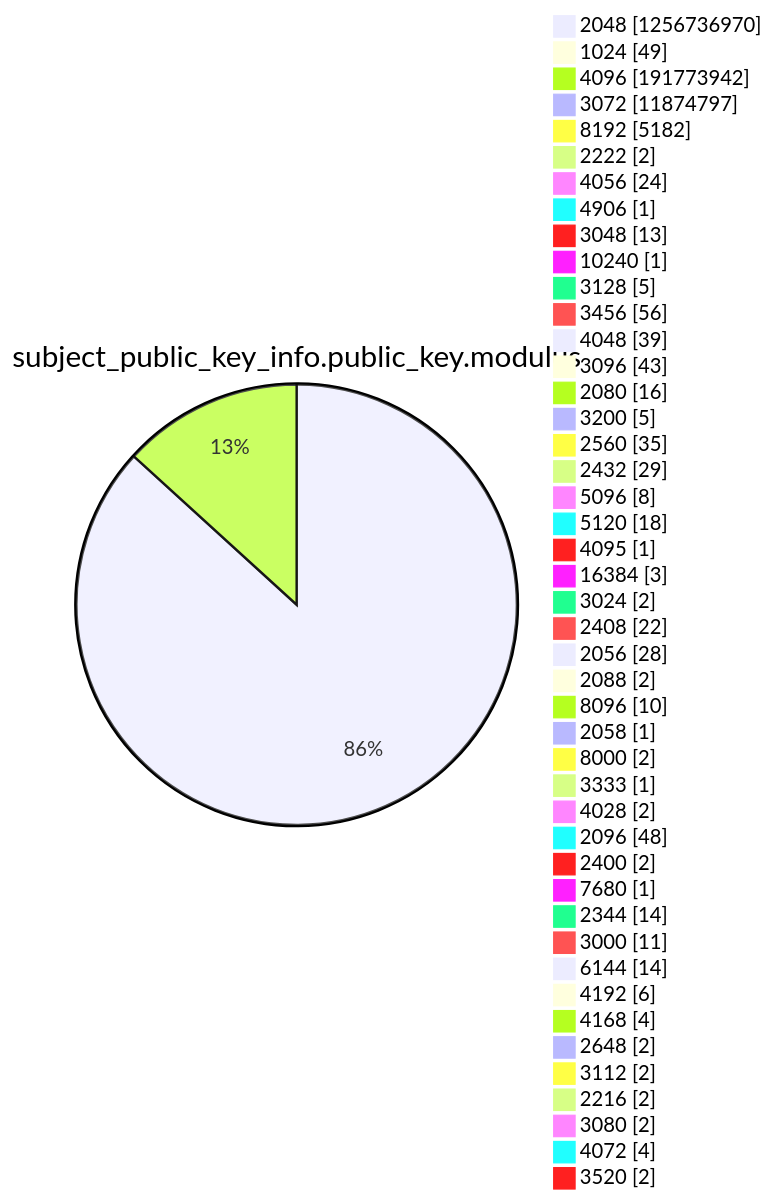
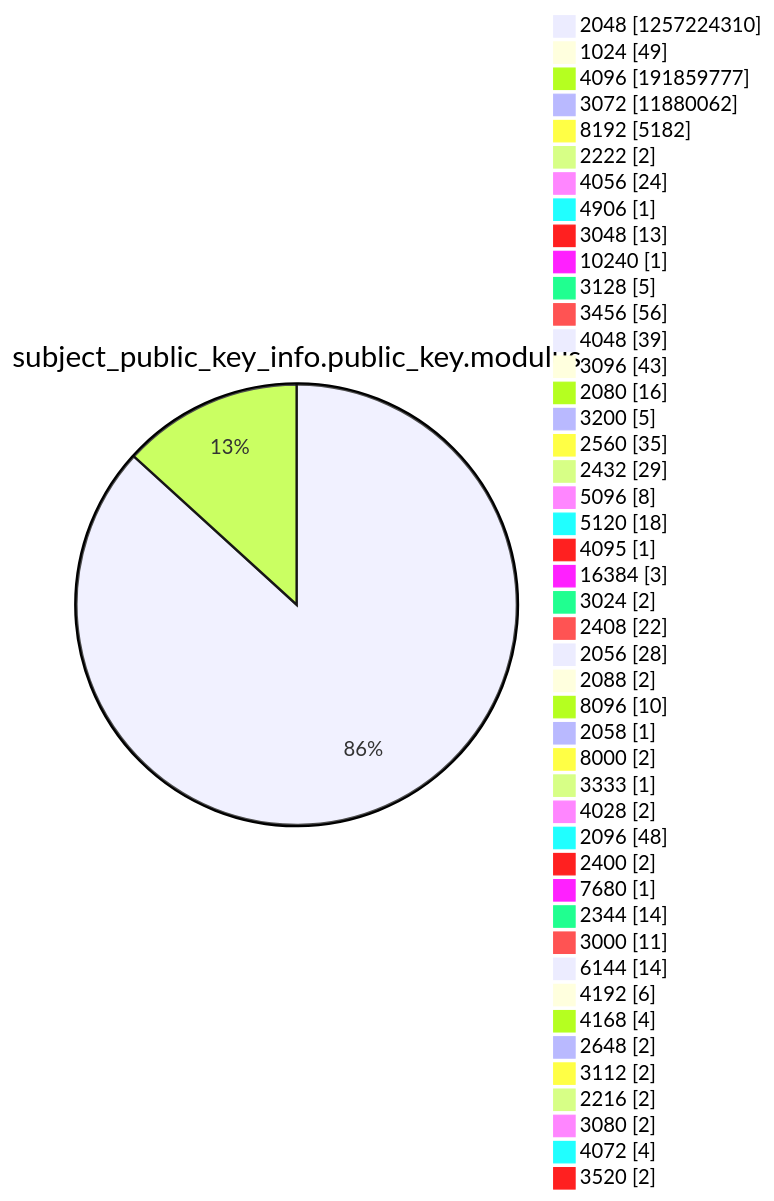
Diagram 13 of 15 in xenon2022/README.md (christiankrug/ctmonitor_visualization), drawn with Mermaid before and after one commit. The commit also changed other lines of this file, not shown here.

````diff
--- a/xenon2022/README.md
+++ b/xenon2022/README.md
@@ -3920,49 +3920,49 @@
 ```mermaid
 pie showData
 title subject_public_key_info.public_key.modulus
-"2048" :1256736970
+"2048" :1257224310
 "1024" :49
-"4096" :191773942
-"3072" :11874797
+"4096" :191859777
+"3072" :11880062
 "8192" :5182
 "2222" :2
 "4056" :24
 "4906" :1
 "3048" :13
 "10240" :1
 "3128" :5
 "3456" :56
 "4048" :39
 "3096" :43
 "2080" :16
 "3200" :5
 "2560" :35
 "2432" :29
 "5096" :8
 "5120" :18
 "4095" :1
 "16384" :3
 "3024" :2
 "2408" :22
 "2056" :28
 "2088" :2
 "8096" :10
 "2058" :1
 "8000" :2
 "3333" :1
 "4028" :2
 "2096" :48
 "2400" :2
 "7680" :1
 "2344" :14
 "3000" :11
 "6144" :14
 "4192" :6
 "4168" :4
 "2648" :2
 "3112" :2
 "2216" :2
 "3080" :2
 "4072" :4
 "3520" :2
 ```
````
